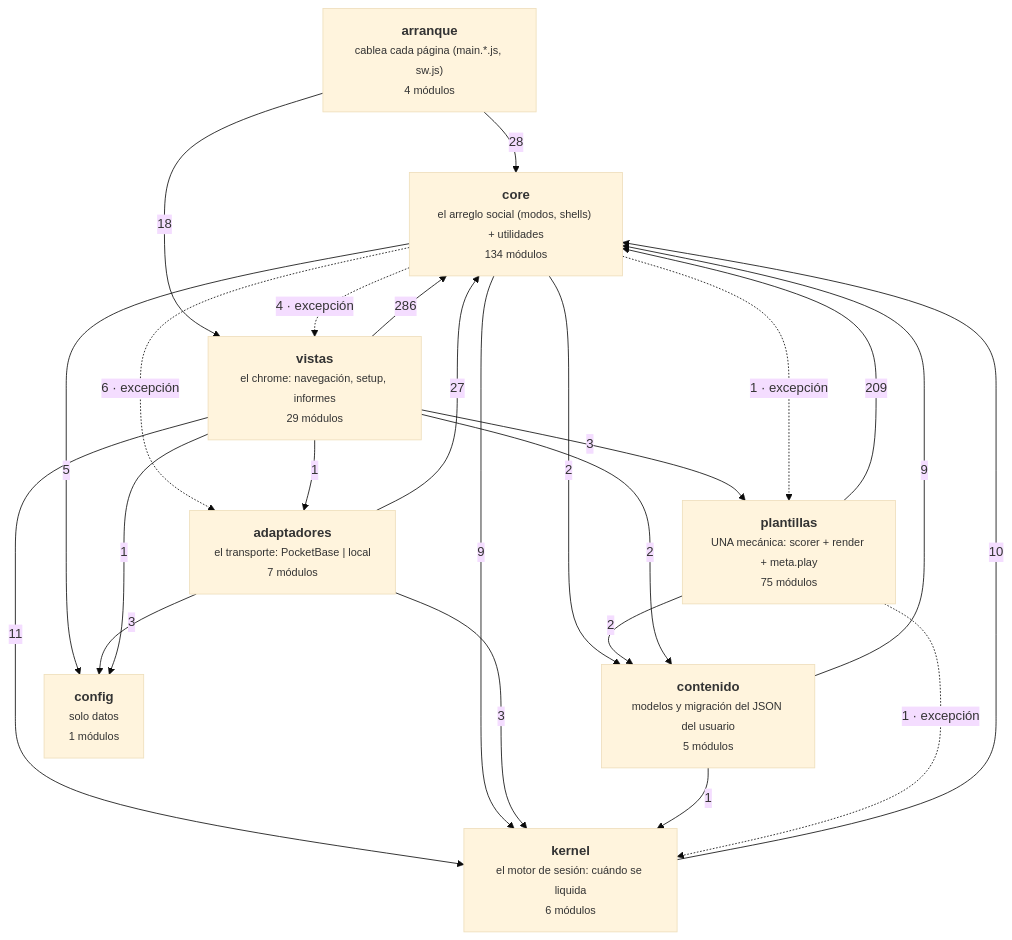
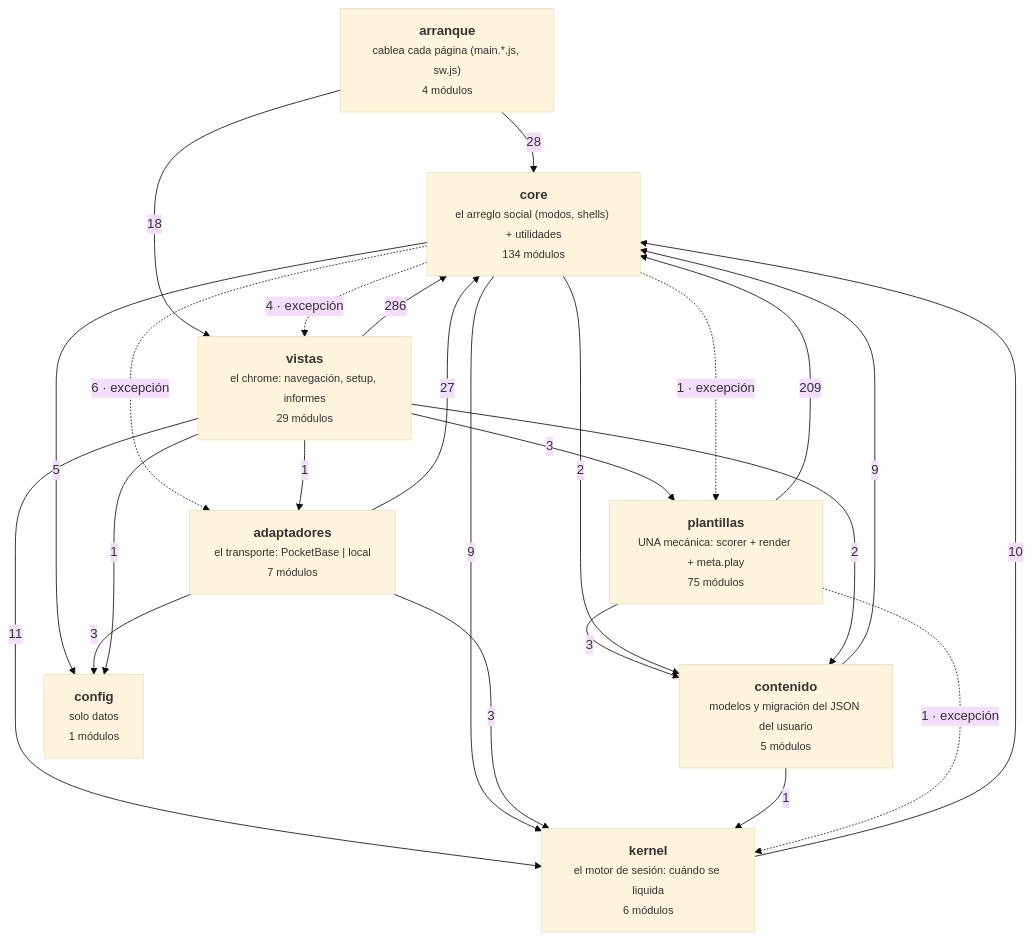
The diagram in docs/arquitectura-modulos.md (duecaz/ac), drawn with Mermaid (base theme) before and after one commit. The commit also changed other lines of this file and 7 other files, not shown here.

````diff
--- a/docs/arquitectura-modulos.md
+++ b/docs/arquitectura-modulos.md
@@ -56,34 +56,34 @@
 ```mermaid
 graph TD
   A["<b>arranque</b><br/><small>cablea cada página (main.*.js, sw.js)</small><br/><small>4 módulos</small>"]
   V["<b>vistas</b><br/><small>el chrome: navegación, setup, informes</small><br/><small>29 módulos</small>"]
   AD["<b>adaptadores</b><br/><small>el transporte: PocketBase | local</small><br/><small>7 módulos</small>"]
   C["<b>core</b><br/><small>el arreglo social (modos, shells) + utilidades</small><br/><small>134 módulos</small>"]
   K["<b>kernel</b><br/><small>el motor de sesión: cuándo se liquida</small><br/><small>6 módulos</small>"]
   T["<b>plantillas</b><br/><small>UNA mecánica: scorer + render + meta.play</small><br/><small>75 módulos</small>"]
   CO["<b>contenido</b><br/><small>modelos y migración del JSON del usuario</small><br/><small>5 módulos</small>"]
   CF["<b>config</b><br/><small>solo datos</small><br/><small>1 módulos</small>"]
   V -->|286| C
   T -->|209| C
   A -->|28| C
   AD -->|27| C
   A -->|18| V
   V -->|11| K
   K -->|10| C
   C -->|9| K
   CO -->|9| C
   C -.->|6 · excepción| AD
   C -->|5| CF
   C -.->|4 · excepción| V
   AD -->|3| CF
   AD -->|3| K
+  T -->|3| CO
   V -->|3| T
   C -->|2| CO
-  T -->|2| CO
   V -->|2| CO
   C -.->|1 · excepción| T
   CO -->|1| K
   T -.->|1 · excepción| K
   V -->|1| AD
   V -->|1| CF
 ```
````
